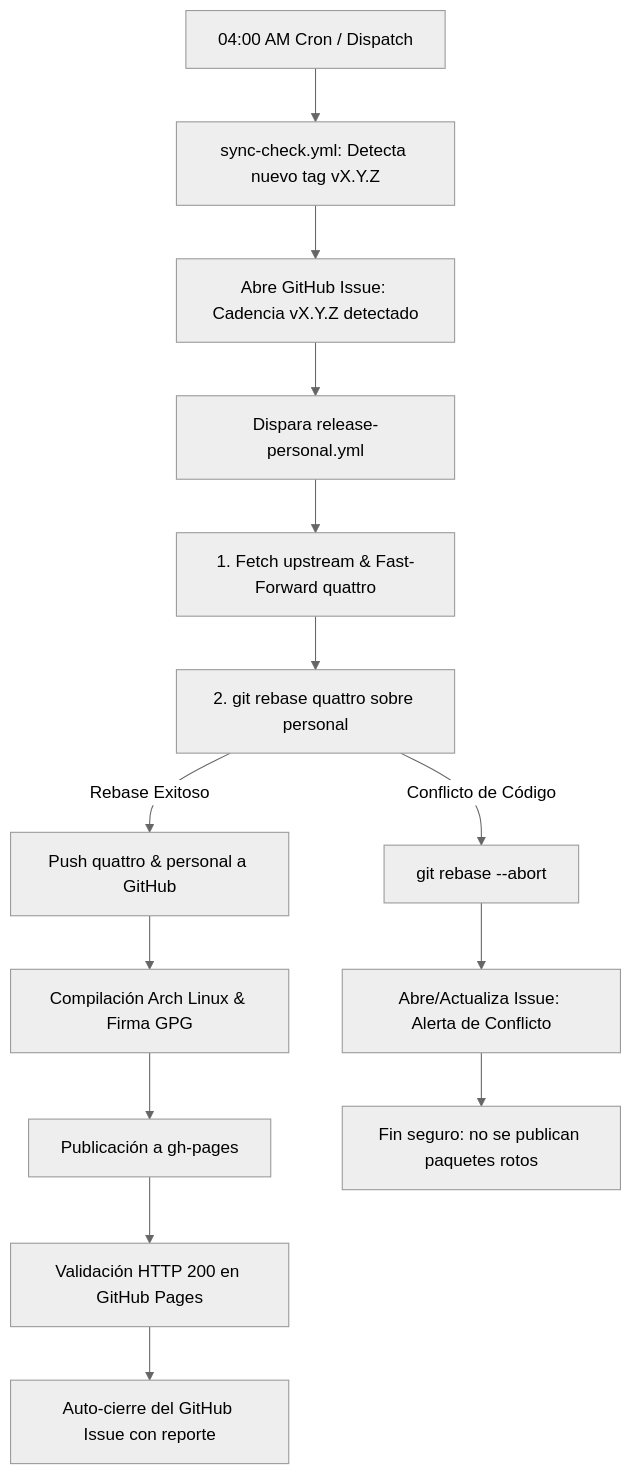
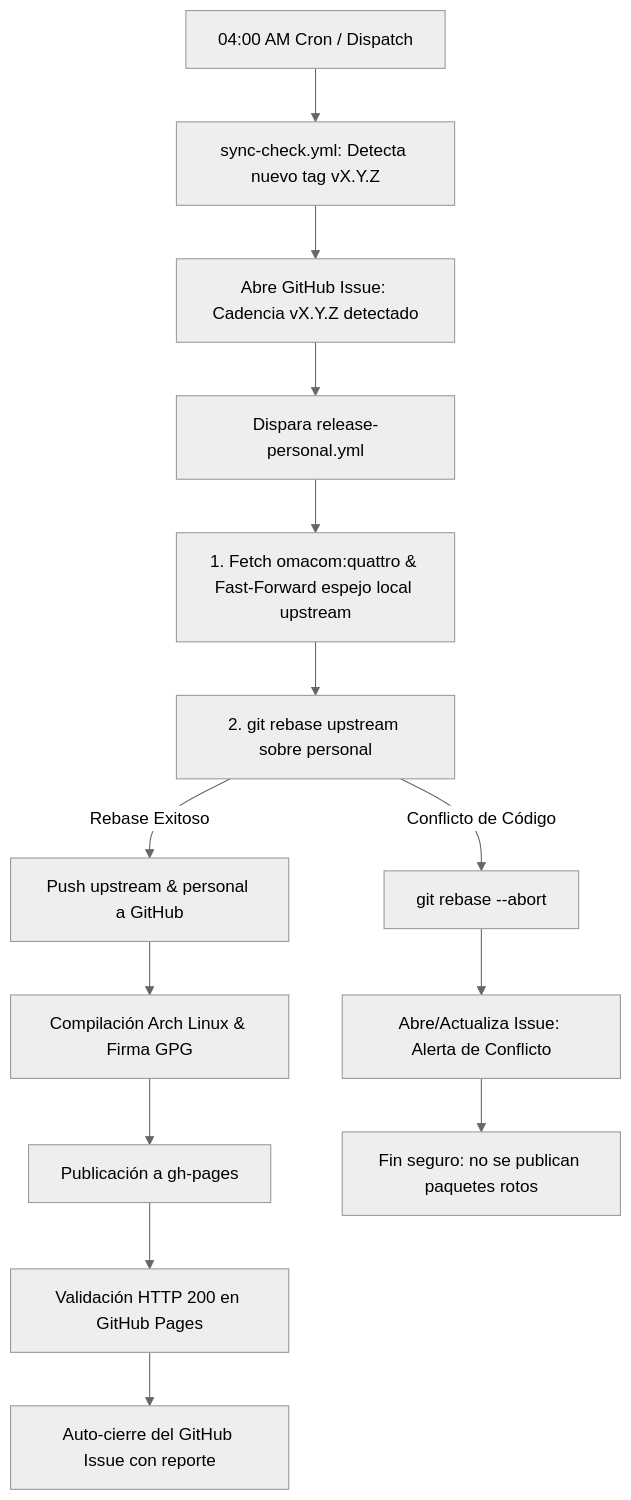
The diagram in architecture/04-cadencia-automatica.md (robert-flo/fork-docs), drawn with Mermaid (neutral theme) before and after one commit. The commit also changed other lines of this file and 11 other files, not shown here.

First line of the commit message:
docs: espejo local upstream (ADR 0024 / omarchy#4) (#12)

````diff
--- a/architecture/04-cadencia-automatica.md
+++ b/architecture/04-cadencia-automatica.md
@@ -15,17 +15,17 @@
 ```mermaid
 graph TD
     Cron["04:00 AM Cron / Dispatch"] --> Check["sync-check.yml: Detecta nuevo tag vX.Y.Z"]
     Check --> IssueOpen["Abre GitHub Issue: Cadencia vX.Y.Z detectado"]
     IssueOpen --> Trigger["Dispara release-personal.yml"]
-    Trigger --> SyncQuattro["1. Fetch upstream & Fast-Forward quattro"]
-    SyncQuattro --> Rebase["2. git rebase quattro sobre personal"]
-    Rebase -->|Rebase Exitoso| PushPersonal["Push quattro & personal a GitHub"]
+    Trigger --> SyncUpstream["1. Fetch omacom:quattro & Fast-Forward espejo local upstream"]
+    SyncUpstream --> Rebase["2. git rebase upstream sobre personal"]
+    Rebase -->|Rebase Exitoso| PushPersonal["Push upstream & personal a GitHub"]
     PushPersonal --> Build["Compilación Arch Linux & Firma GPG"]
     Build --> Publish["Publicación a gh-pages"]
     Publish --> Verify["Validación HTTP 200 en GitHub Pages"]
     Verify --> IssueClose["Auto-cierre del GitHub Issue con reporte"]
     
     Rebase -->|Conflicto de Código| AbortRebase["git rebase --abort"]
     AbortRebase --> AlertIssue["Abre/Actualiza Issue: Alerta de Conflicto"]
     AlertIssue --> StopPipeline["Fin seguro: no se publican paquetes rotos"]
 ```
````
